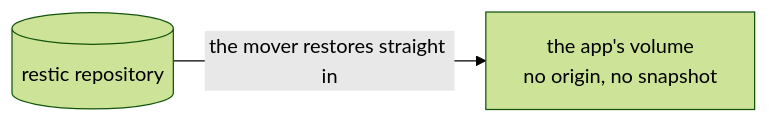
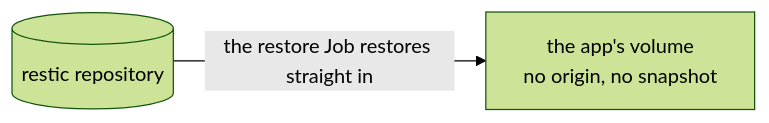
Before and after one commit to walzen-group/backup-controller: the second of 3 diagrams in docs/overview.md, drawn with Mermaid (forest theme). The commit also changed other lines of this file and 5 other files, not shown here.

First line of the commit message:
docs: volume restores run through the controller's restore Job

````diff
--- a/docs/overview.md
+++ b/docs/overview.md
@@ -93,7 +97,7 @@
 ```mermaid
 flowchart LR
     repo[("restic repository")]
     app["the app's volume<br/>no origin, no snapshot"]
 
-    repo -- "the mover restores straight in" --> app
+    repo -- "the restore Job restores straight in" --> app
 ```
````
